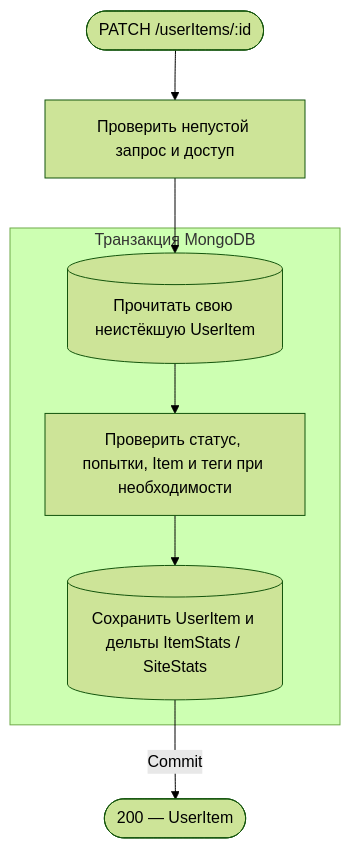
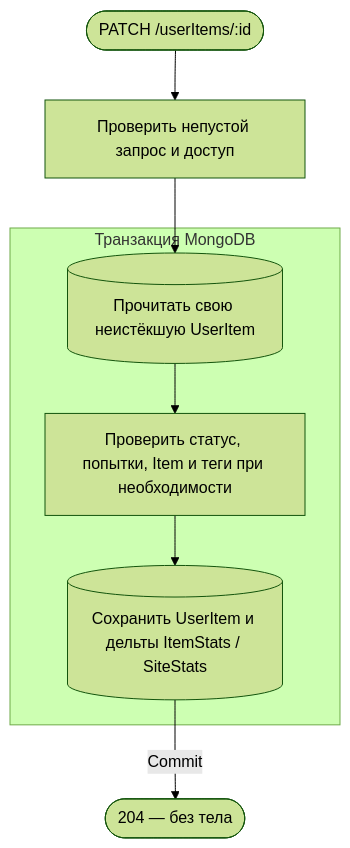
Before and after one commit to AmyGrooove/f95-tinder: the fifth of 8 diagrams in apps/api/public/docs/api/requestFlows/userItems.md, drawn with Mermaid (forest theme). The commit also changed other lines of this file and 230 other files, not shown here.

````diff
--- a/apps/api/public/docs/api/requestFlows/userItems.md
+++ b/apps/api/public/docs/api/requestFlows/userItems.md
@@ -106,13 +106,13 @@
 ```mermaid
 flowchart TD
     accTitle: Изменение записи библиотеки
     accDescr: Прочитать собственную UserItem и проверить изменения, сохранить запись и статистику одной транзакцией
     A(["PATCH /userItems/:id"]):::http --> B["Проверить непустой запрос и доступ"]:::action
     subgraph TX["Транзакция MongoDB"]
         C[("Прочитать свою неистёкшую UserItem")]:::data
         C --> D["Проверить статус, попытки, Item и теги при необходимости"]:::action
         D --> E[("Сохранить UserItem и дельты ItemStats / SiteStats")]:::data
     end
     B --> C
-    E -->|Commit| R(["200 — UserItem"]):::http
+    E -->|Commit| R(["204 — без тела"]):::http
 ```
````
